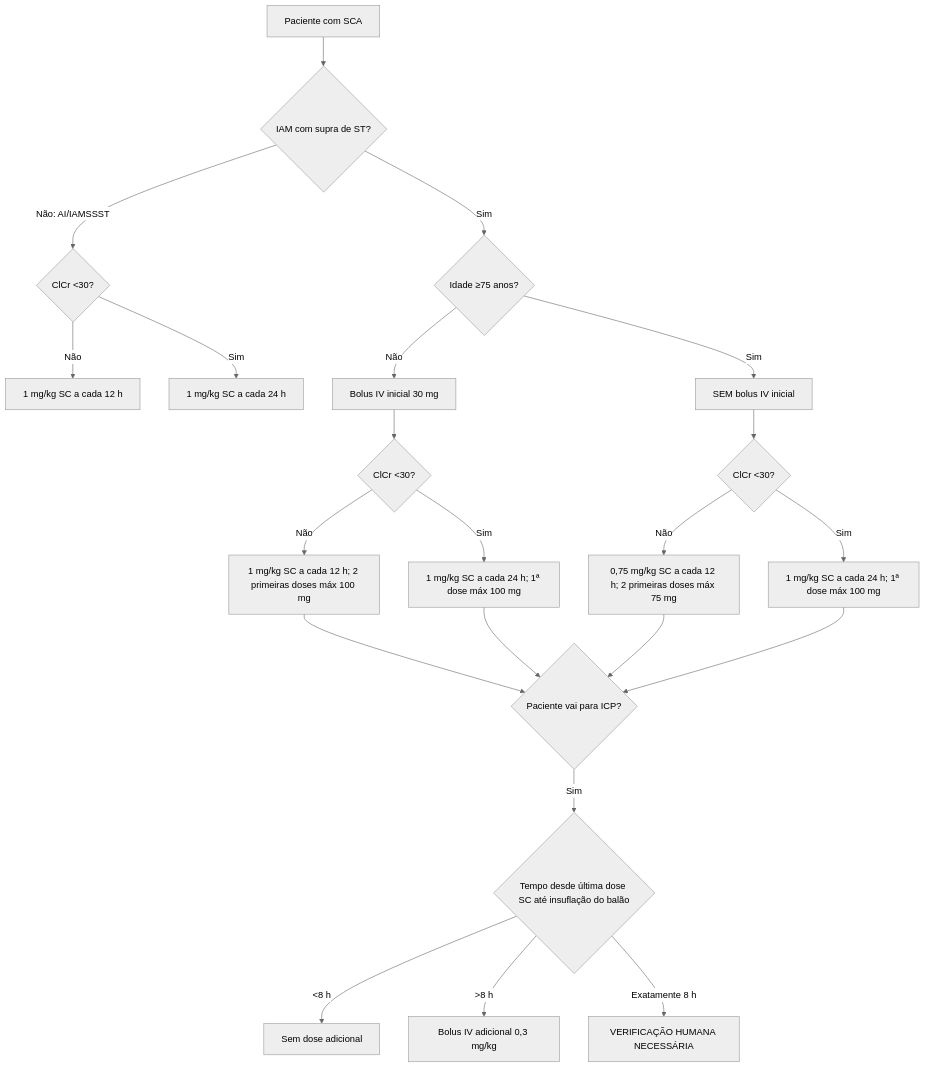
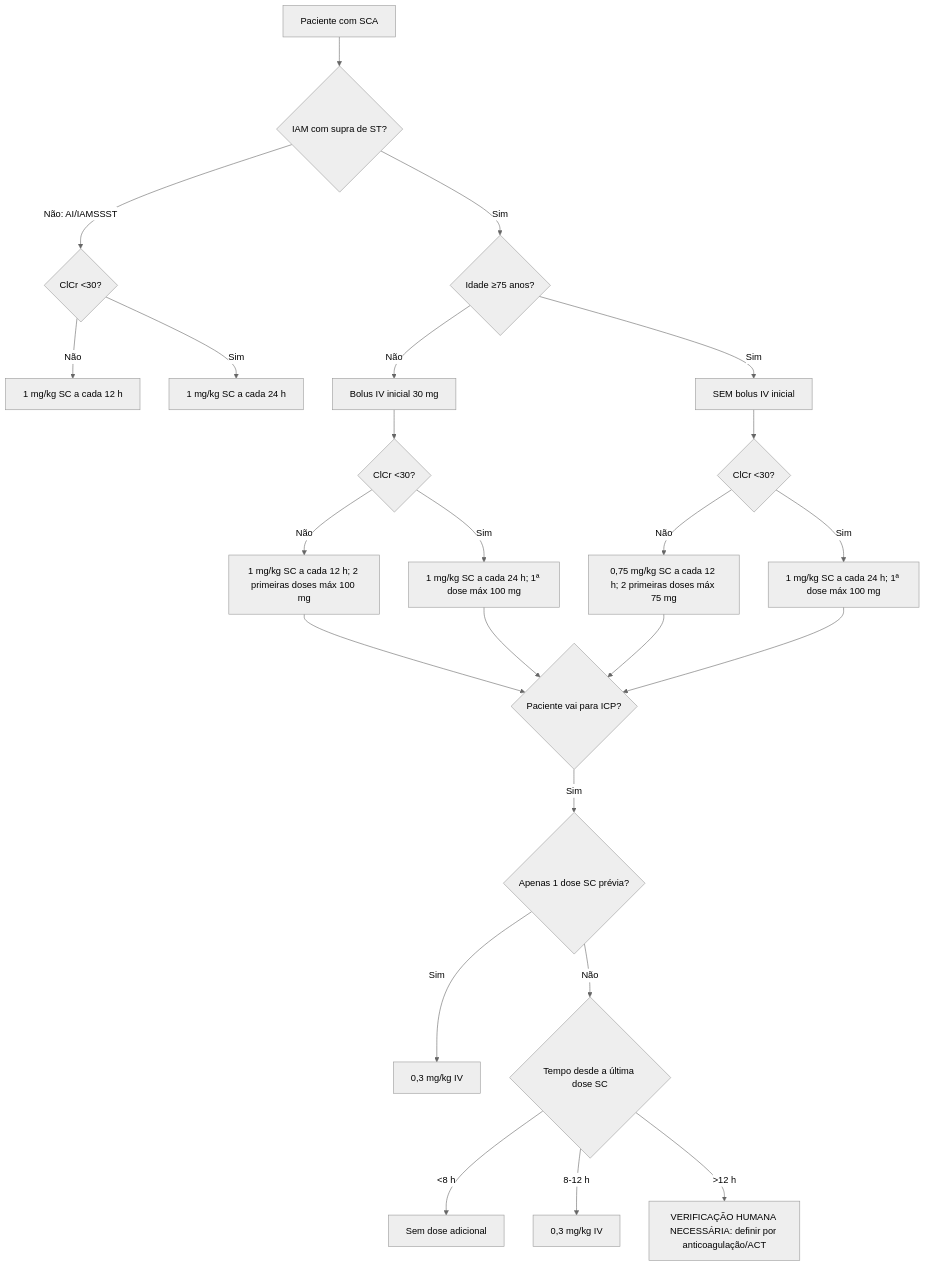
Before and after one commit to rafaelpaesmeirelles/MeuCardio: the diagram in content/Farmacologia/enoxaparina-sca-stemi-idade-renal-icp-arvore-de-dose.md, drawn with Mermaid (neutral theme). The commit also changed other lines of this file, not shown here.

````diff
--- a/content/Farmacologia/enoxaparina-sca-stemi-idade-renal-icp-arvore-de-dose.md
+++ b/content/Farmacologia/enoxaparina-sca-stemi-idade-renal-icp-arvore-de-dose.md
@@ -16,27 +17,29 @@
 ```mermaid
 flowchart TD
     A[Paciente com SCA] --> B{IAM com supra de ST?}
     B -->|Não: AI/IAMSSST| C{ClCr <30?}
     C -->|Não| D[1 mg/kg SC a cada 12 h]
     C -->|Sim| E[1 mg/kg SC a cada 24 h]
 
     B -->|Sim| F{Idade ≥75 anos?}
     F -->|Não| G[Bolus IV inicial 30 mg]
     G --> H{ClCr <30?}
     H -->|Não| I[1 mg/kg SC a cada 12 h; 2 primeiras doses máx 100 mg]
     H -->|Sim| J[1 mg/kg SC a cada 24 h; 1ª dose máx 100 mg]
 
     F -->|Sim| K[SEM bolus IV inicial]
     K --> L{ClCr <30?}
     L -->|Não| M[0,75 mg/kg SC a cada 12 h; 2 primeiras doses máx 75 mg]
     L -->|Sim| N[1 mg/kg SC a cada 24 h; 1ª dose máx 100 mg]
 
     I --> O{Paciente vai para ICP?}
     J --> O
     M --> O
     N --> O
-    O -->|Sim| P{Tempo desde última dose SC até insuflação do balão}
-    P -->|<8 h| Q[Sem dose adicional]
-    P -->|>8 h| R[Bolus IV adicional 0,3 mg/kg]
-    P -->|Exatamente 8 h| S[VERIFICAÇÃO HUMANA NECESSÁRIA]
+    O -->|Sim| P{Apenas 1 dose SC prévia?}
+    P -->|Sim| Q[0,3 mg/kg IV]
+    P -->|Não| R{Tempo desde a última dose SC}
+    R -->|<8 h| S[Sem dose adicional]
+    R -->|8-12 h| T[0,3 mg/kg IV]
+    R -->|>12 h| U[VERIFICAÇÃO HUMANA NECESSÁRIA: definir por anticoagulação/ACT]
 ```
````
